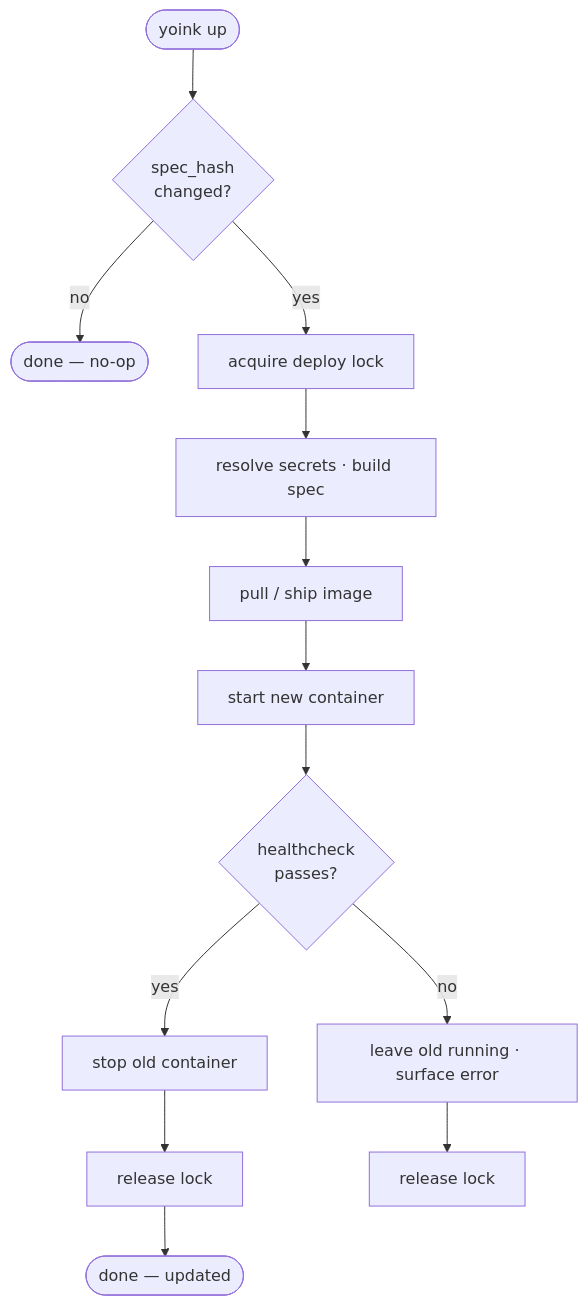
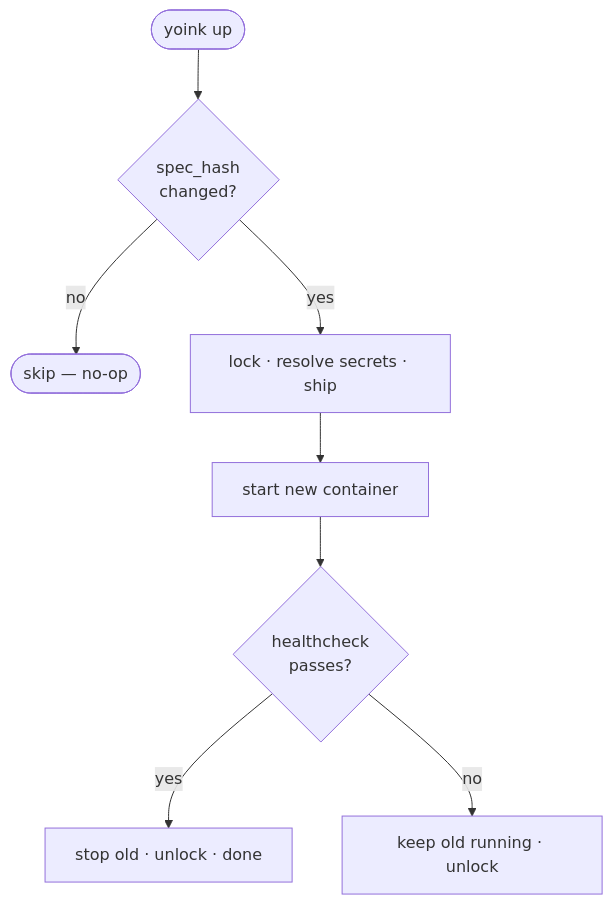
The diagram in docs/content/docs/guide/architecture.md (oddur/yoink), drawn with Mermaid before and after one commit. The commit also changed 2 other files, not shown here.

Commit message:
docs: simplify mermaid diagrams — fewer nodes, balanced dimensions

````diff
--- a/docs/content/docs/guide/architecture.md
+++ b/docs/content/docs/guide/architecture.md
@@ -11,15 +11,10 @@
 ```mermaid
 flowchart TB
     A([yoink up]) --> B{spec_hash\nchanged?}
-    B -- no --> Z([done — no-op])
-    B -- yes --> C[acquire deploy lock]
-    C --> D[resolve secrets · build spec]
-    D --> E[pull / ship image]
-    E --> F[start new container]
-    F --> G{healthcheck\npasses?}
-    G -- yes --> H[stop old container]
-    H --> I[release lock]
-    I --> Z2([done — updated])
-    G -- no --> J[leave old running · surface error]
-    J --> I2[release lock]
+    B -- no --> Z([skip — no-op])
+    B -- yes --> C[lock · resolve secrets · ship]
+    C --> D[start new container]
+    D --> E{healthcheck\npasses?}
+    E -- yes --> F[stop old · unlock · done]
+    E -- no --> G[keep old running · unlock]
 ```
````
